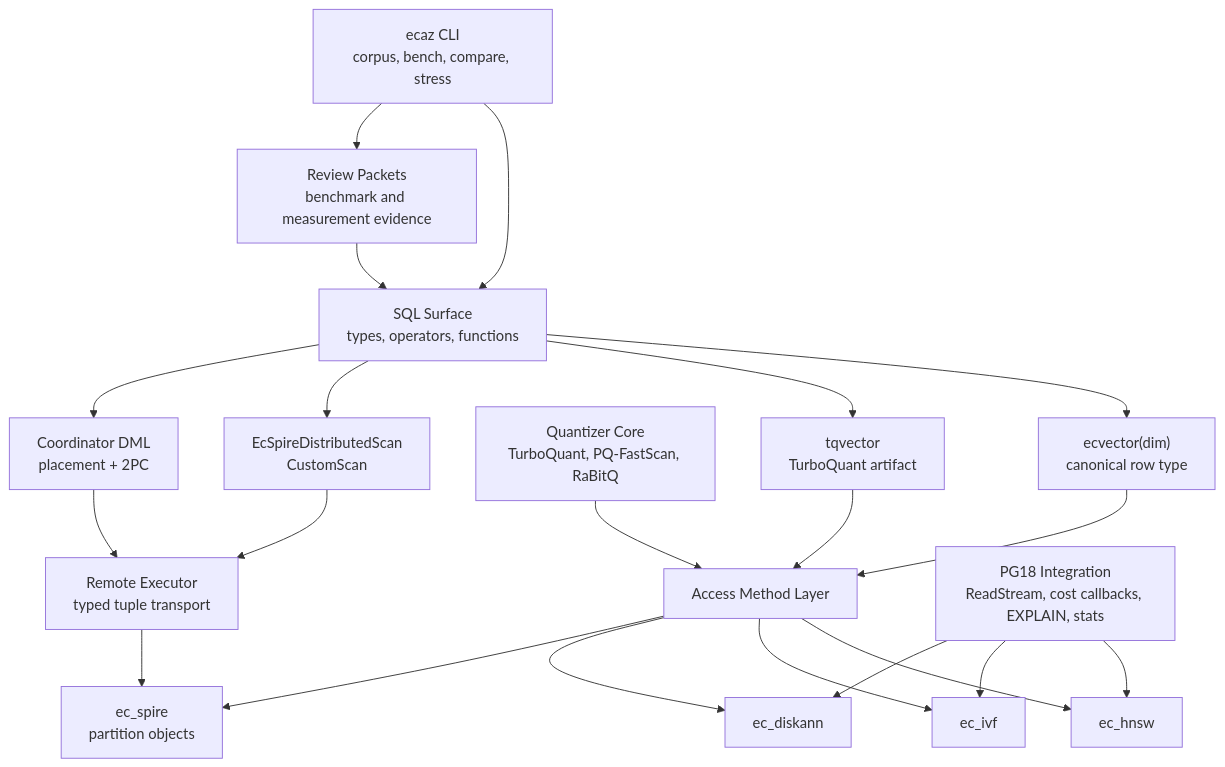
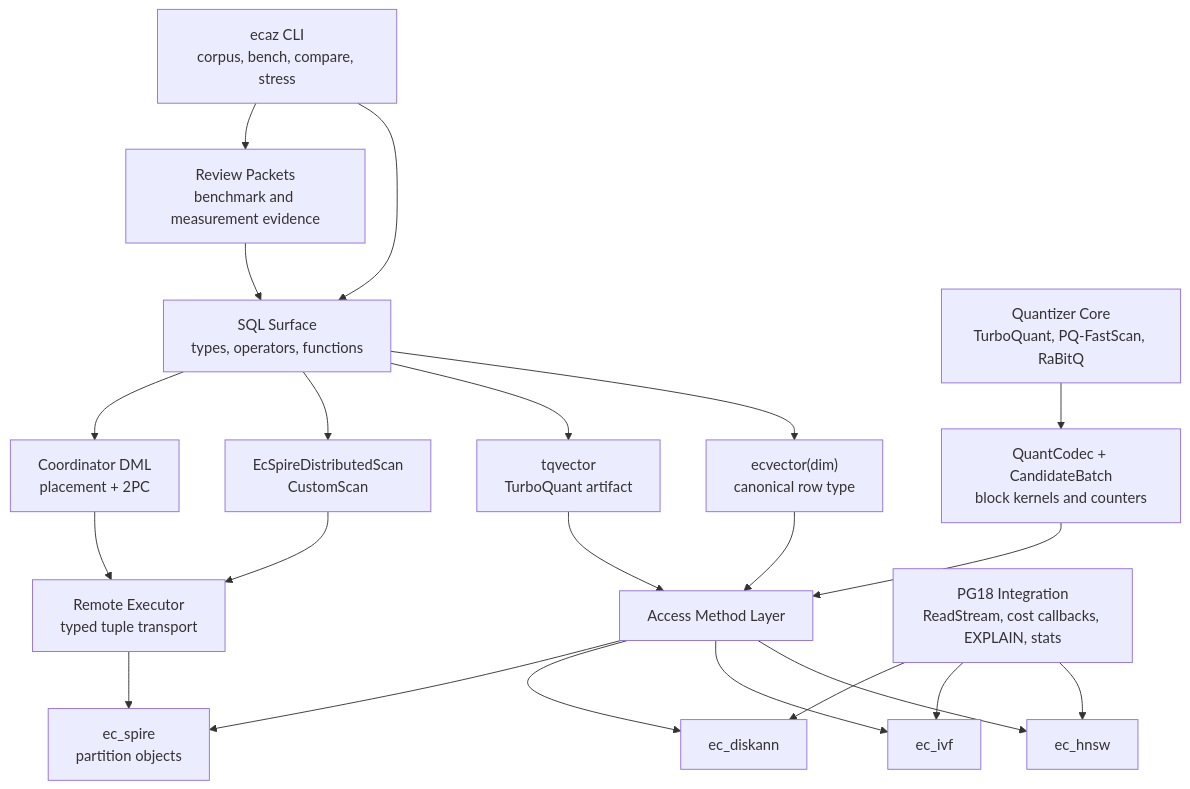
The diagram in spec/spec.md (agent-ix/ecaz), drawn with Mermaid before and after one commit. The commit also changed other lines of this file and 61 other files, not shown here.

First line of the commit message:
Backport spec to current architecture; group functional requirements by bounded context

````diff
--- a/spec/spec.md
+++ b/spec/spec.md
@@ -139,39 +155,41 @@
 ```mermaid
 graph TD
     SQL["SQL Surface<br/>types, operators, functions"]
     EC["ecvector(dim)<br/>canonical row type"]
     TQ["tqvector<br/>TurboQuant artifact"]
     Q["Quantizer Core<br/>TurboQuant, PQ-FastScan, RaBitQ"]
+    QC["QuantCodec + CandidateBatch<br/>block kernels and counters"]
     AM["Access Method Layer"]
     H["ec_hnsw"]
     I["ec_ivf"]
     D["ec_diskann"]
     S["ec_spire<br/>partition objects"]
     CS["EcSpireDistributedScan<br/>CustomScan"]
     RE["Remote Executor<br/>typed tuple transport"]
     DML["Coordinator DML<br/>placement + 2PC"]
     PG18["PG18 Integration<br/>ReadStream, cost callbacks, EXPLAIN, stats"]
     CLI["ecaz CLI<br/>corpus, bench, compare, stress"]
     EVID["Review Packets<br/>benchmark and measurement evidence"]
 
     SQL --> EC
     SQL --> TQ
     EC --> AM
     TQ --> AM
-    Q --> AM
+    Q --> QC
+    QC --> AM
     AM --> H
     AM --> I
     AM --> D
     AM --> S
     SQL --> CS
     SQL --> DML
     CS --> RE
     RE --> S
     DML --> RE
     PG18 --> H
     PG18 --> I
     PG18 --> D
     CLI --> SQL
     CLI --> EVID
     EVID --> SQL
 ```
````
